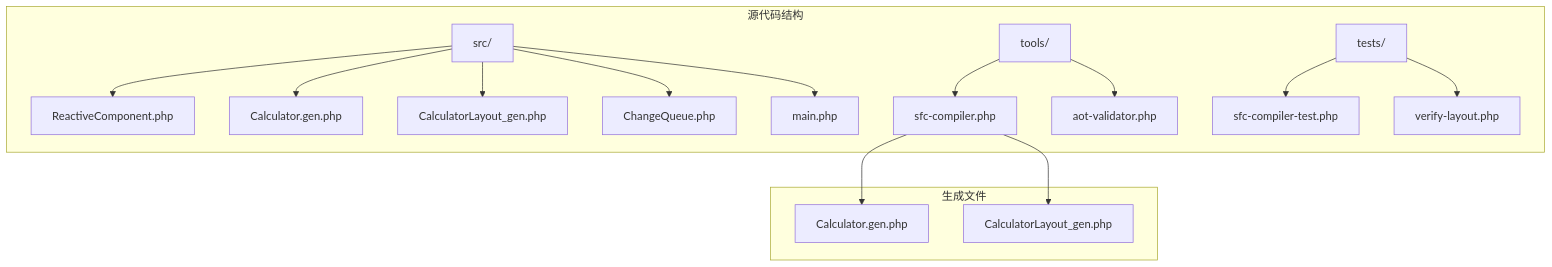
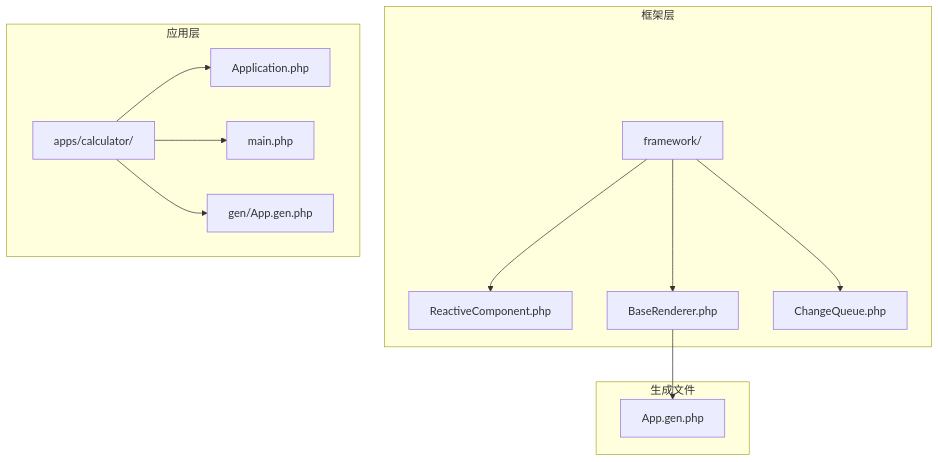
One commit to xingye00186/PHP-Data-UI-Framework-powered-by-swooleAOT changed the first of 8 diagrams in .qoder/repowiki/zh/content/架构设计/响应式系统架构/ReactiveComponent基类设计.md. Above: the diagram before and after it, drawn with Mermaid. The commit also changed other lines of this file and 37 other files, not shown here.

````diff
--- a/.qoder/repowiki/zh/content/架构设计/响应式系统架构/ReactiveComponent基类设计.md
+++ b/.qoder/repowiki/zh/content/架构设计/响应式系统架构/ReactiveComponent基类设计.md
@@ -37,23 +44,25 @@
 ```mermaid
 graph TB
-subgraph "源代码结构"
-SRC[src/]
-TOOLS[tools/]
-TESTS[tests/]
-SRC --> RC[ReactiveComponent.php]
-SRC --> CALC[Calculator.gen.php]
-SRC --> LAYOUT[CalculatorLayout_gen.php]
-SRC --> CQ[ChangeQueue.php]
-SRC --> MAIN[main.php]
-TOOLS --> COMPILER[sfc-compiler.php]
-TOOLS --> VALIDATOR[aot-validator.php]
-TESTS --> UNIT[sfc-compiler-test.php]
-TESTS --> VERIFY[verify-layout.php]
+subgraph "框架层"
+FRAMEWORK[framework/]
+REACTIVE[ReactiveComponent.php]
+RENDERER[BaseRenderer.php]
+CHANGEQ[ChangeQueue.php]
+end
+subgraph "应用层"
+APPS[apps/calculator/]
+APPLICATION[Application.php]
+MAIN[main.php]
+GEN[gen/App.gen.php]
 end
 subgraph "生成文件"
-GEN1[Calculator.gen.php]
-GEN2[CalculatorLayout_gen.php]
+APP_GEN[App.gen.php]
 end
-COMPILER --> GEN1
-COMPILER --> GEN2
+FRAMEWORK --> REACTIVE
+FRAMEWORK --> RENDERER
+FRAMEWORK --> CHANGEQ
+APPS --> APPLICATION
+APPS --> MAIN
+APPS --> GEN
+RENDERER --> APP_GEN
 ```
````
